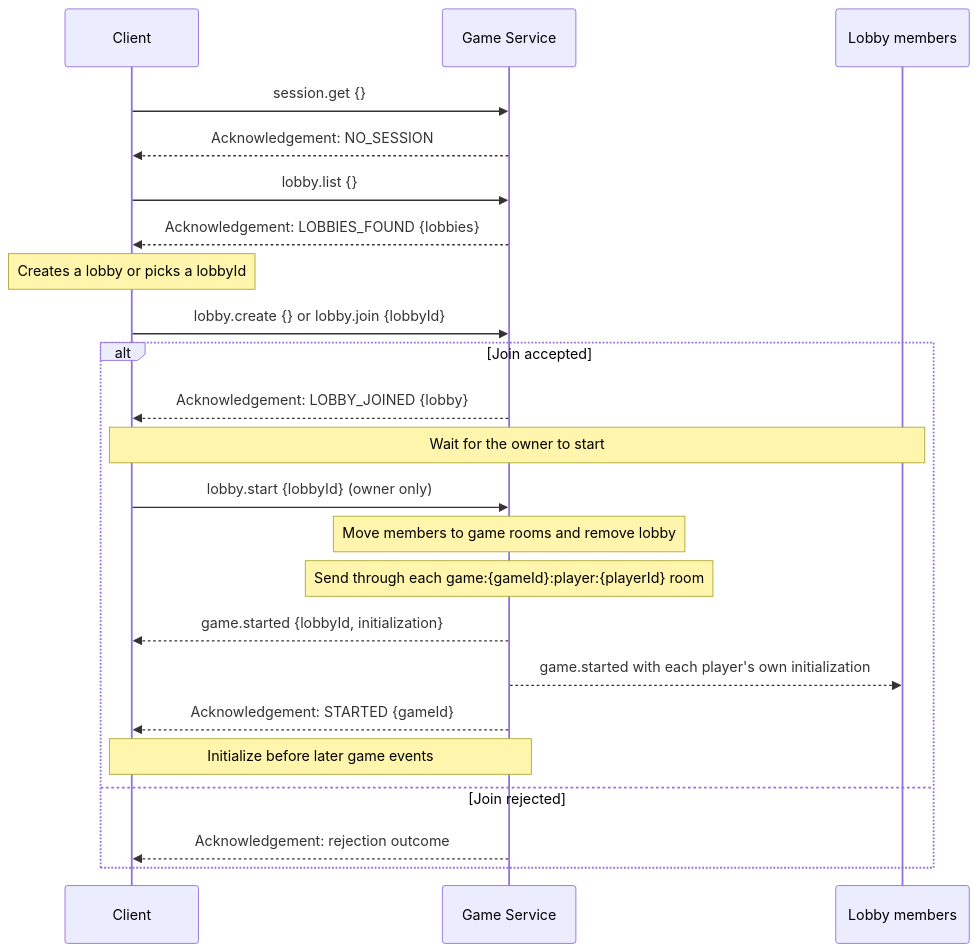
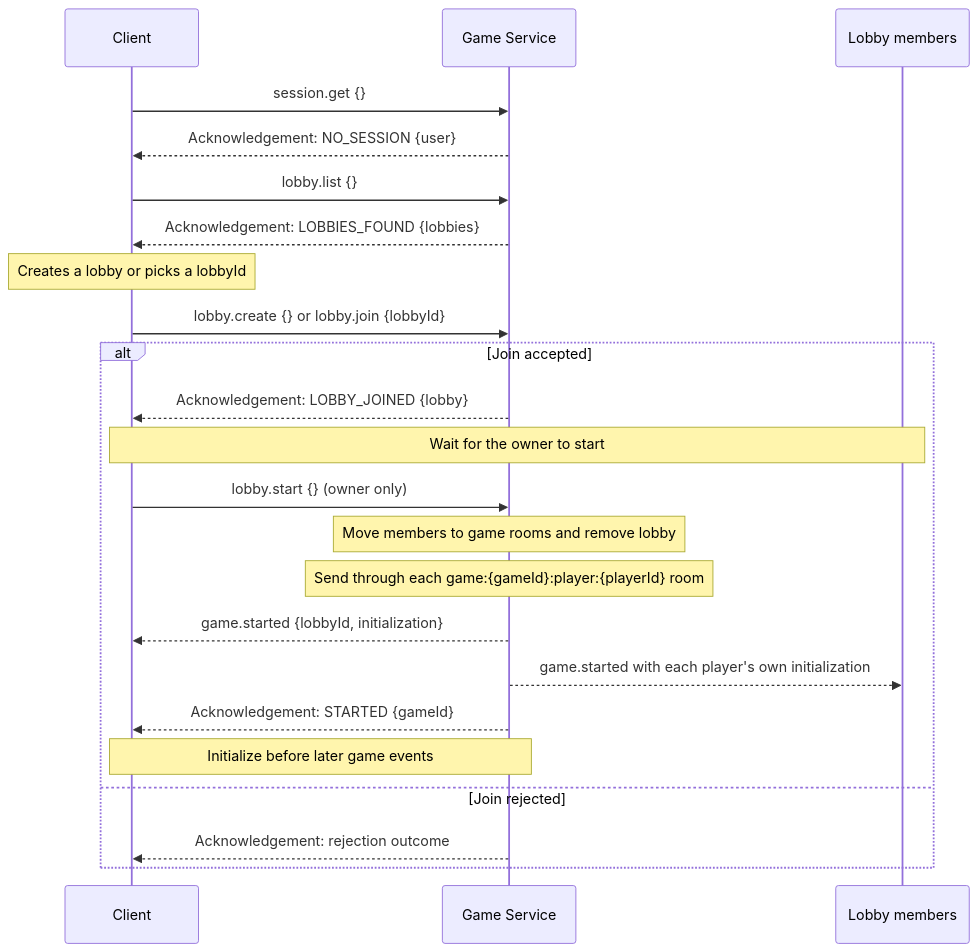
Before and after one commit to hananinas/RoboRally: the third of 6 diagrams in docs/Communication.md, drawn with Mermaid. The commit also changed other lines of this file and 2 other files, not shown here.

Commit message:
docs: add missing user to get documentation + remove uneccesary parameters derivable by backend session

````diff
--- a/docs/Communication.md
+++ b/docs/Communication.md
@@ -103,26 +103,26 @@
 ```mermaid
 sequenceDiagram
     participant Client
     participant Server as Game Service
     participant Others as Lobby members
 
     Client->>Server: session.get {}
-    Server-->>Client: Acknowledgement: NO_SESSION
+    Server-->>Client: Acknowledgement: NO_SESSION {user}
     Client->>Server: lobby.list {}
     Server-->>Client: Acknowledgement: LOBBIES_FOUND {lobbies}
     Note over Client: Creates a lobby or picks a lobbyId
     Client->>Server: lobby.create {} or lobby.join {lobbyId}
     alt Join accepted
         Server-->>Client: Acknowledgement: LOBBY_JOINED {lobby}
         Note over Client,Others: Wait for the owner to start
-        Client->>Server: lobby.start {lobbyId} (owner only)
+        Client->>Server: lobby.start {} (owner only)
         Note over Server: Move members to game rooms and remove lobby
         Note over Server: Send through each game:{gameId}:player:{playerId} room
         Server-->>Client: game.started {lobbyId, initialization}
         Server-->>Others: game.started with each player's own initialization
         Server-->>Client: Acknowledgement: STARTED {gameId}
         Note over Client,Server: Initialize before later game events
     else Join rejected
         Server-->>Client: Acknowledgement: rejection outcome
     end
 ```
````
